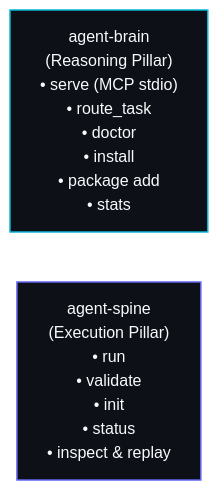
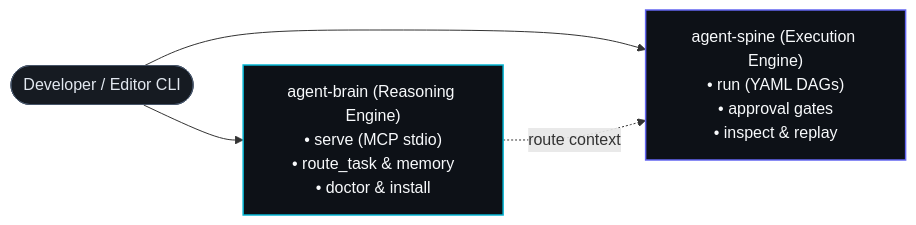
One commit to autonomic-ai-dev/website changed the diagram in src/routes/docs/cli/+page.md. Above: the diagram before and after it, drawn with Mermaid. The commit also changed 1 other file, not shown here.

Commit message:
feat(docs): add diagram click-to-zoom modal with blurred backdrop and horizontal CLI diagrams

````diff
--- a/src/routes/docs/cli/+page.md
+++ b/src/routes/docs/cli/+page.md
@@ -48,10 +48,13 @@
 ```mermaid
 flowchart LR
-    Brain["agent-brain\n(Reasoning Pillar)\n• serve (MCP stdio)\n• route_task\n• doctor\n• install\n• package add\n• stats"]
-    Spine["agent-spine\n(Execution Pillar)\n• run\n• validate\n• init\n• status\n• inspect & replay"]
+    Dev(["Developer / Editor CLI"]) --> Brain["agent-brain (Reasoning Engine)\n• serve (MCP stdio)\n• route_task & memory\n• doctor & install"]
+    Dev --> Spine["agent-spine (Execution Engine)\n• run (YAML DAGs)\n• approval gates\n• inspect & replay"]
+    Brain -.->|route context| Spine
 
     classDef brainClass fill:#0d1117,stroke:#06b6d4,stroke-width:1.5px,color:#f8fafc;
     classDef spineClass fill:#0d1117,stroke:#6366f1,stroke-width:1.5px,color:#f8fafc;
+    classDef devClass fill:#161b22,stroke:#475569,stroke-width:1px,color:#e2e8f0;
     class Brain brainClass;
     class Spine spineClass;
+    class Dev devClass;
 ```
````
